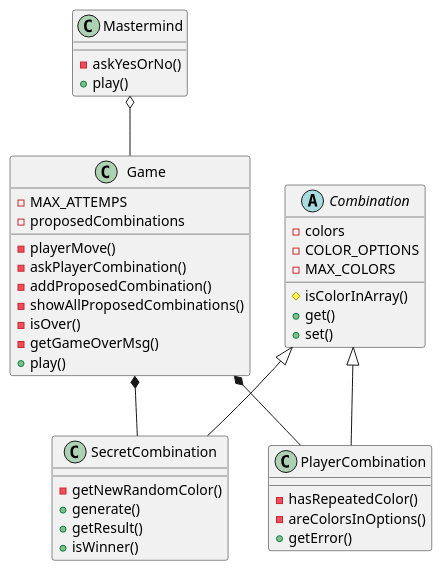
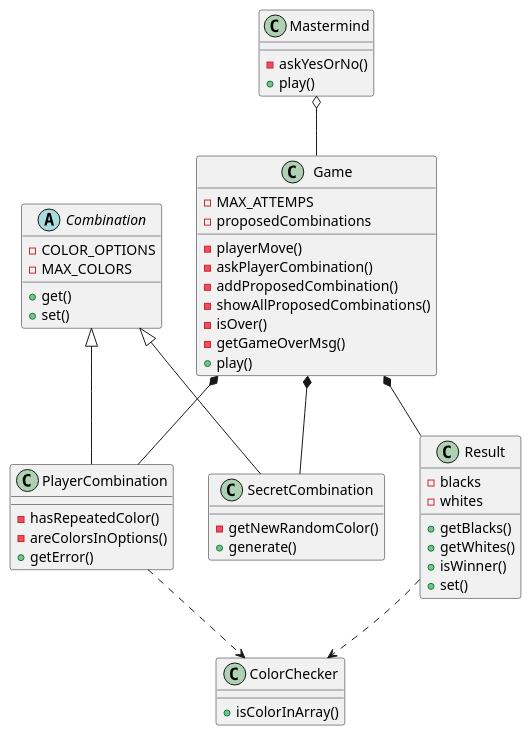
The diagram in Javascript/006.Mastermind/docs/domain-model.plantUML (CheDosMistos/kung-fu), drawn with PlantUML before and after one commit.

```diff
--- a/Javascript/006.Mastermind/docs/domain-model.plantUML
+++ b/Javascript/006.Mastermind/docs/domain-model.plantUML
@@ -1,41 +1,51 @@
 @startuml ClassModel
 class Mastermind {
     -askYesOrNo()
     +play()
 }
 class Game{
     -MAX_ATTEMPS
     -proposedCombinations
     -playerMove()
     -askPlayerCombination()
     -addProposedCombination()
     -showAllProposedCombinations()
     -isOver()
     -getGameOverMsg()
     +play()
 }
 abstract Combination{
-    -colors
     -COLOR_OPTIONS
     -MAX_COLORS
-    #isColorInArray()
     +get()
     +set()
 }
 class SecretCombination{
     -getNewRandomColor()
     +generate()
-    +getResult()
-    +isWinner()
 }
 class PlayerCombination{
     -hasRepeatedColor()
     -areColorsInOptions()
     +getError()
 }
+class Result{
+    -blacks
+    -whites
+    +getBlacks()
+    +getWhites()
+    +isWinner()
+    +set()
+}
+class ColorChecker{
+    +isColorInArray()
+}
 Mastermind o-- Game
 Game *-- SecretCombination
 Game *-- PlayerCombination
+Game *-- Result
 Combination <|-- SecretCombination
 Combination <|-- PlayerCombination
+Result ..> ColorChecker
+PlayerCombination ..> ColorChecker
 @enduml
```
